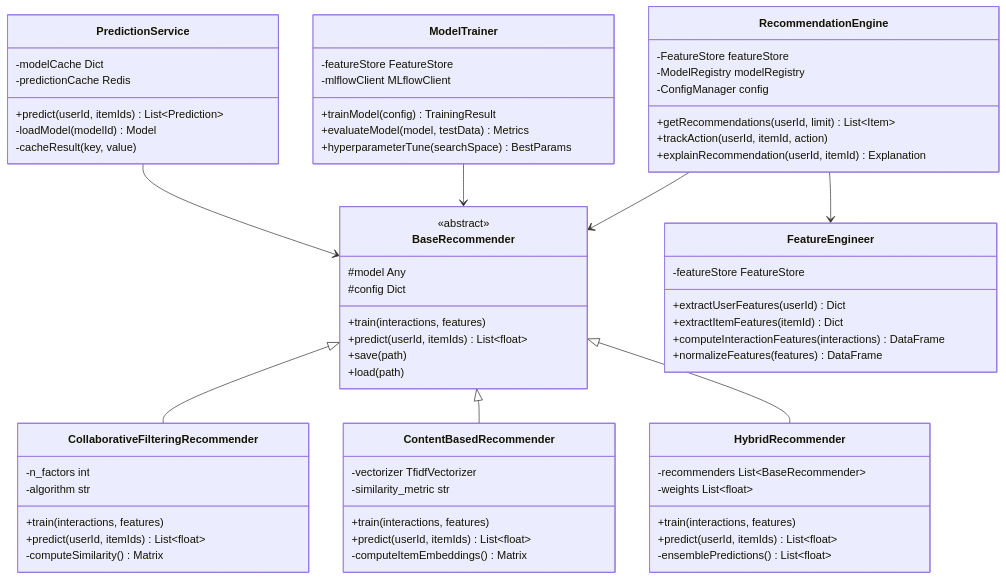
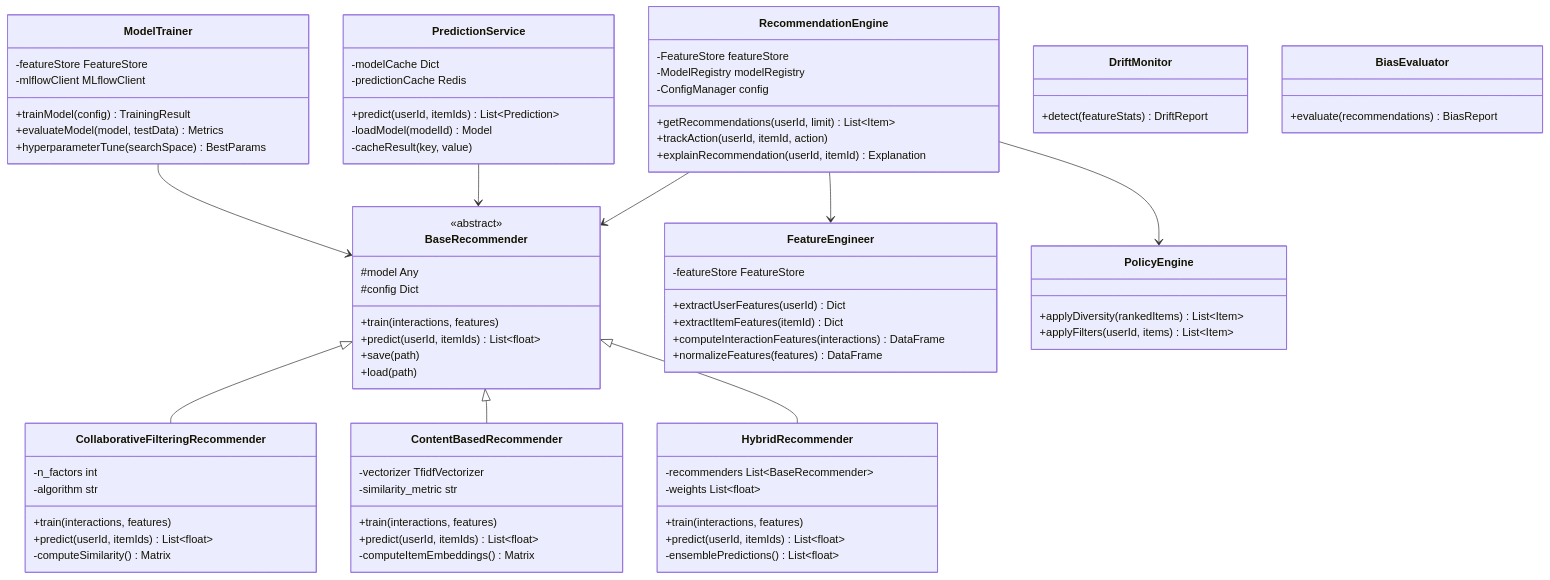
The first of 2 diagrams in Smart Recommendation Engine/detailed-design/class-diagram.md (0Ankit0/Project-Ideas), drawn with Mermaid before and after one commit. The commit also changed 18 other files, not shown here.

Commit message:
feat: Add comprehensive edge case documentation, business rules, and data dictionary for Smart Recommendation Engine

````diff
--- a/Smart Recommendation Engine/detailed-design/class-diagram.md
+++ b/Smart Recommendation Engine/detailed-design/class-diagram.md
@@ -70,12 +70,26 @@
         -loadModel(modelId) Model
         -cacheResult(key, value)
     }
+
+    class PolicyEngine {
+        +applyDiversity(rankedItems) List~Item~
+        +applyFilters(userId, items) List~Item~
+    }
+
+    class DriftMonitor {
+        +detect(featureStats) DriftReport
+    }
+
+    class BiasEvaluator {
+        +evaluate(recommendations) BiasReport
+    }
     
     BaseRecommender <|-- CollaborativeFilteringRecommender
     BaseRecommender <|-- ContentBasedRecommender
     BaseRecommender <|-- HybridRecommender
     RecommendationEngine --> BaseRecommender
     RecommendationEngine --> FeatureEngineer
+    RecommendationEngine --> PolicyEngine
     ModelTrainer --> BaseRecommender
     PredictionService --> BaseRecommender
 ```
````
